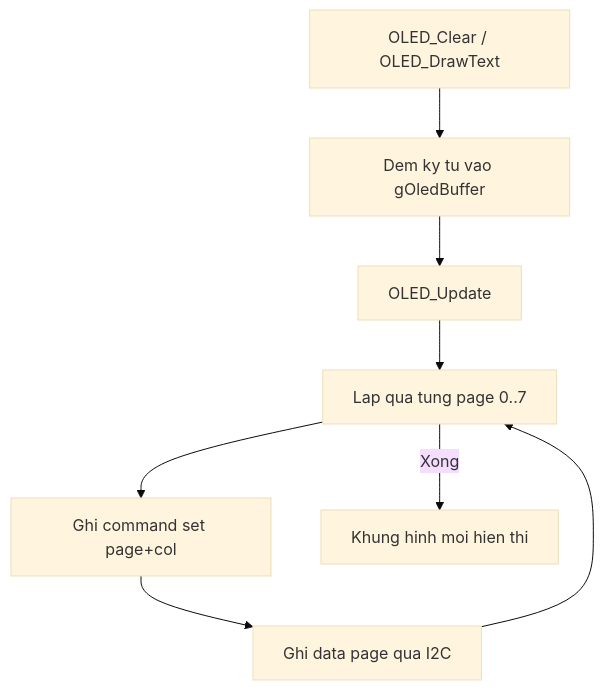
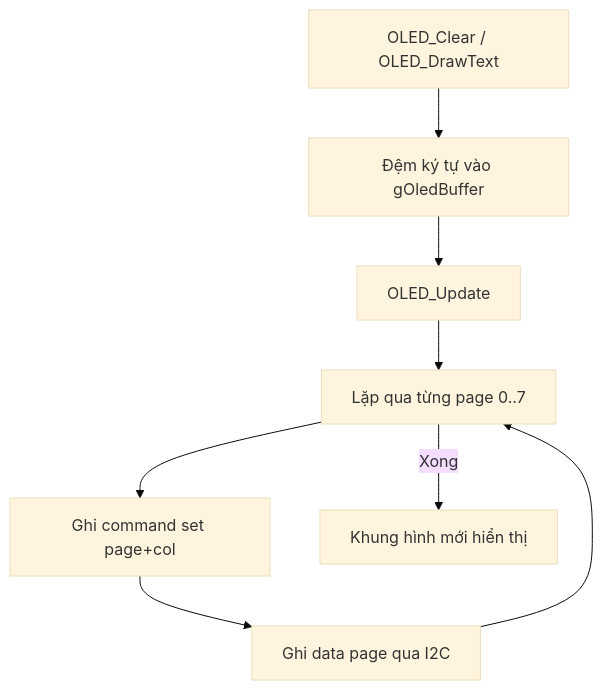
One commit to vuongpq/lorawan-node-f401 changed the fourth of 8 diagrams in docs/bao-cao-thuyet-minh-lorawan-node.md. Above: the diagram before and after it, drawn with Mermaid (base theme). The commit also changed other lines of this file, not shown here.

````diff
--- a/docs/bao-cao-thuyet-minh-lorawan-node.md
+++ b/docs/bao-cao-thuyet-minh-lorawan-node.md
@@ -164,10 +164,10 @@
 ```mermaid
 flowchart TD
-    A[OLED_Clear / OLED_DrawText] --> B[Dem ky tu vao gOledBuffer]
+    A[OLED_Clear / OLED_DrawText] --> B[Đệm ký tự vào gOledBuffer]
     B --> C[OLED_Update]
-    C --> D[Lap qua tung page 0..7]
+    C --> D[Lặp qua từng page 0..7]
     D --> E[Ghi command set page+col]
     E --> F[Ghi data page qua I2C]
     F --> D
-    D -->|Xong| G[Khung hinh moi hien thi]
+    D -->|Xong| G[Khung hình mới hiển thị]
 ```
````
